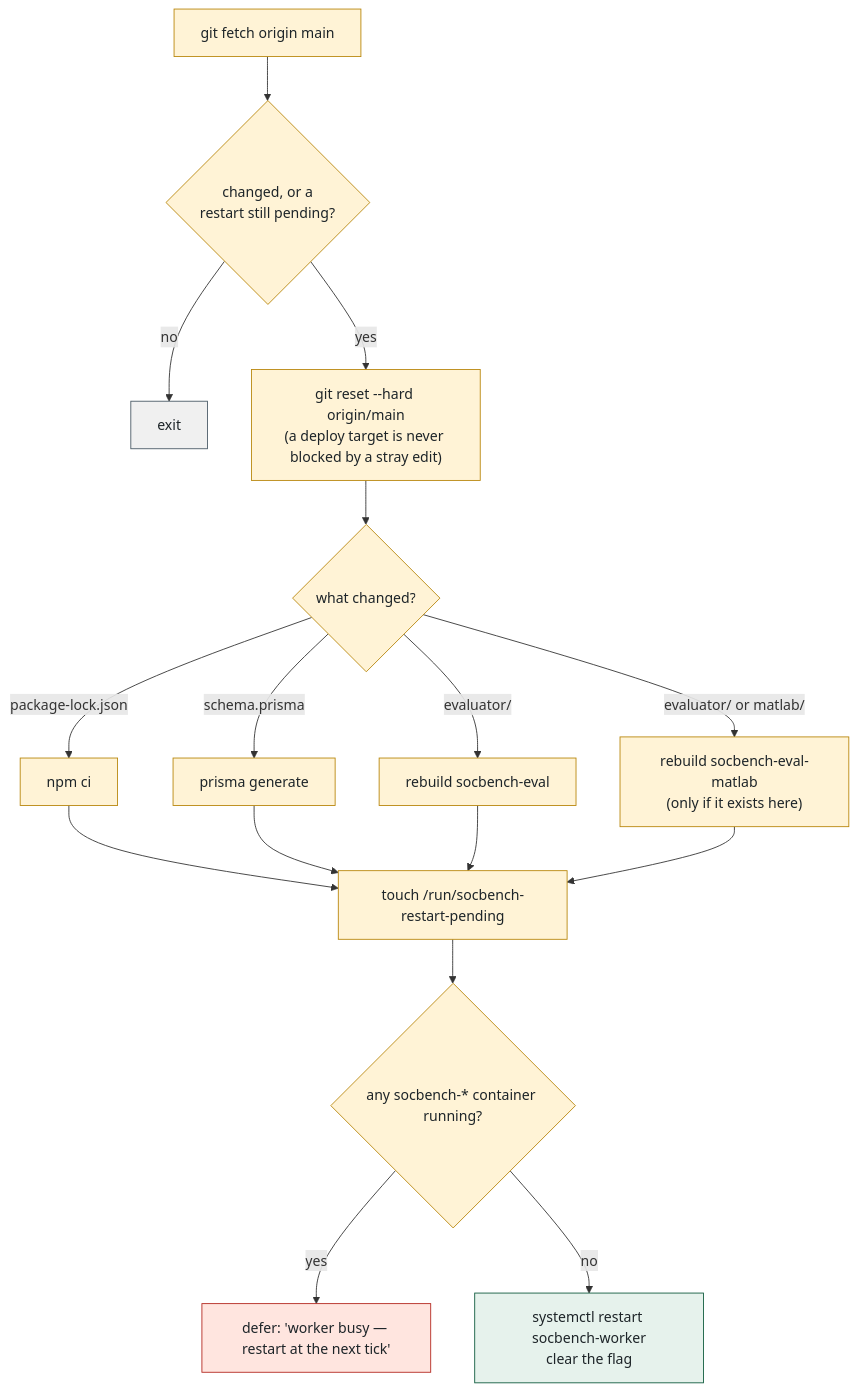
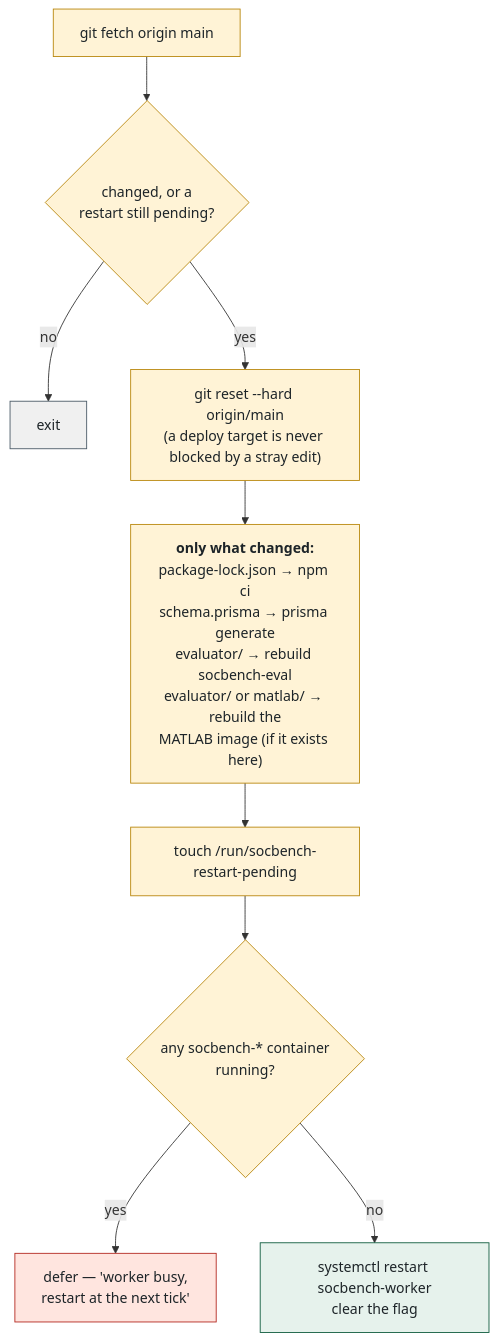
Before and after one commit to McMaster-Battery-Research-Group/battery-soc-benchmark: the third of 7 diagrams in docs/walkthrough/11-infrastructure-and-operations.md, drawn with Mermaid. The commit also changed other lines of this file and 10 other files, not shown here.

Commit message:
Walkthrough: every diagram now fits GitHub's content column (no scaling), larger timeline fonts, bigger logos

````diff
--- a/docs/walkthrough/11-infrastructure-and-operations.md
+++ b/docs/walkthrough/11-infrastructure-and-operations.md
@@ -60,26 +60,19 @@
 ```mermaid
 flowchart TB
     A["git fetch origin main"] --> B{"changed, or a<br/>restart still pending?"}
     B -- no --> Z["exit"]
     B -- yes --> C["git reset --hard origin/main<br/>(a deploy target is never blocked by a stray edit)"]
-    C --> D{"what changed?"}
-    D -- "package-lock.json" --> E["npm ci"]
-    D -- "schema.prisma" --> F["prisma generate"]
-    D -- "evaluator/" --> G["rebuild socbench-eval"]
-    D -- "evaluator/ or matlab/" --> H["rebuild socbench-eval-matlab<br/>(only if it exists here)"]
-    E --> I
-    F --> I
-    G --> I
-    H --> I["touch /run/socbench-restart-pending"]
-    I --> J{"any socbench-* container running?"}
-    J -- yes --> K["defer: 'worker busy — restart at the next tick'"]
+    C --> D["<b>only what changed:</b><br/>package-lock.json → npm ci<br/>schema.prisma → prisma generate<br/>evaluator/ → rebuild socbench-eval<br/>evaluator/ or matlab/ → rebuild the<br/>MATLAB image (if it exists here)"]
+    D --> I["touch /run/socbench-restart-pending"]
+    I --> J{"any socbench-* container<br/>running?"}
+    J -- yes --> K["defer — 'worker busy,<br/>restart at the next tick'"]
     J -- no --> L["systemctl restart socbench-worker<br/>clear the flag"]
     classDef worker fill:#FFF3D6,stroke:#B8860B,color:#1d2428
     classDef ext fill:#F0F0F0,stroke:#495965,color:#1d2428
     classDef good fill:#E6F2EC,stroke:#0E5B3D,color:#1d2428
     classDef danger fill:#FFE5DF,stroke:#B3261E,color:#1d2428
-    class A,B,C,D,E,F,G,H,I,J worker
+    class A,B,C,D,I,J worker
     class Z ext
     class K danger
     class L good
 ```
````
